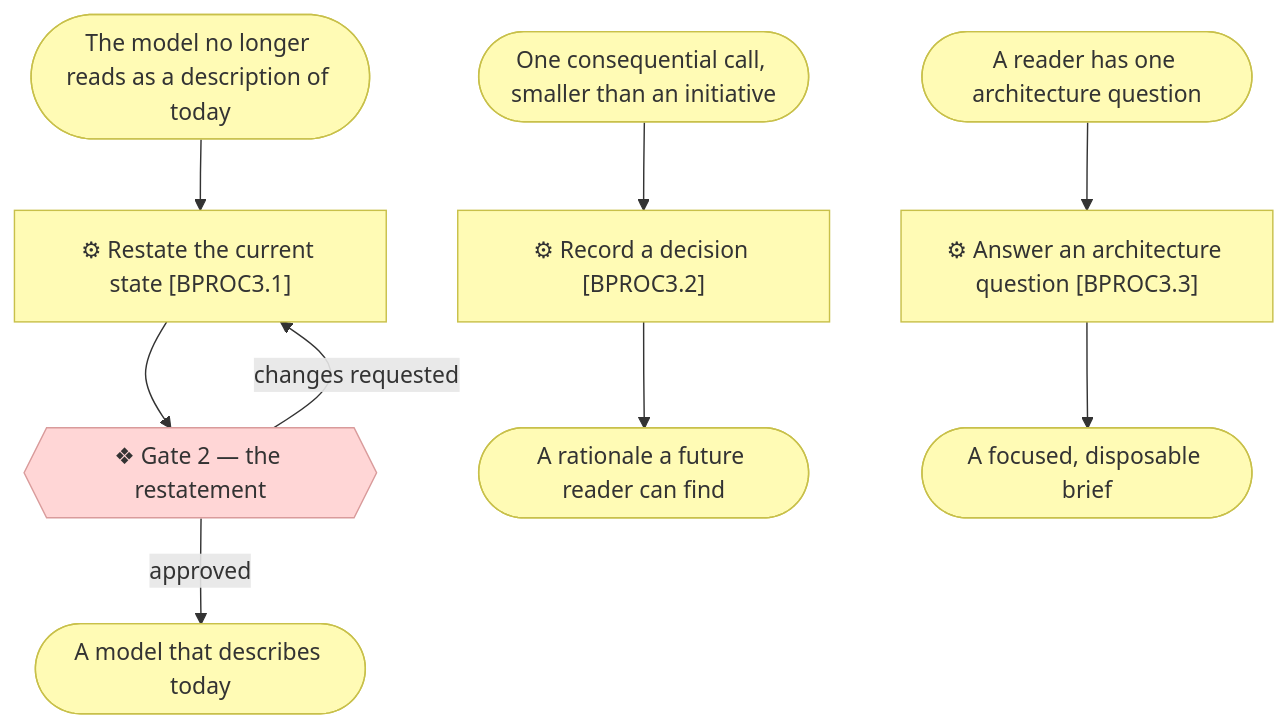
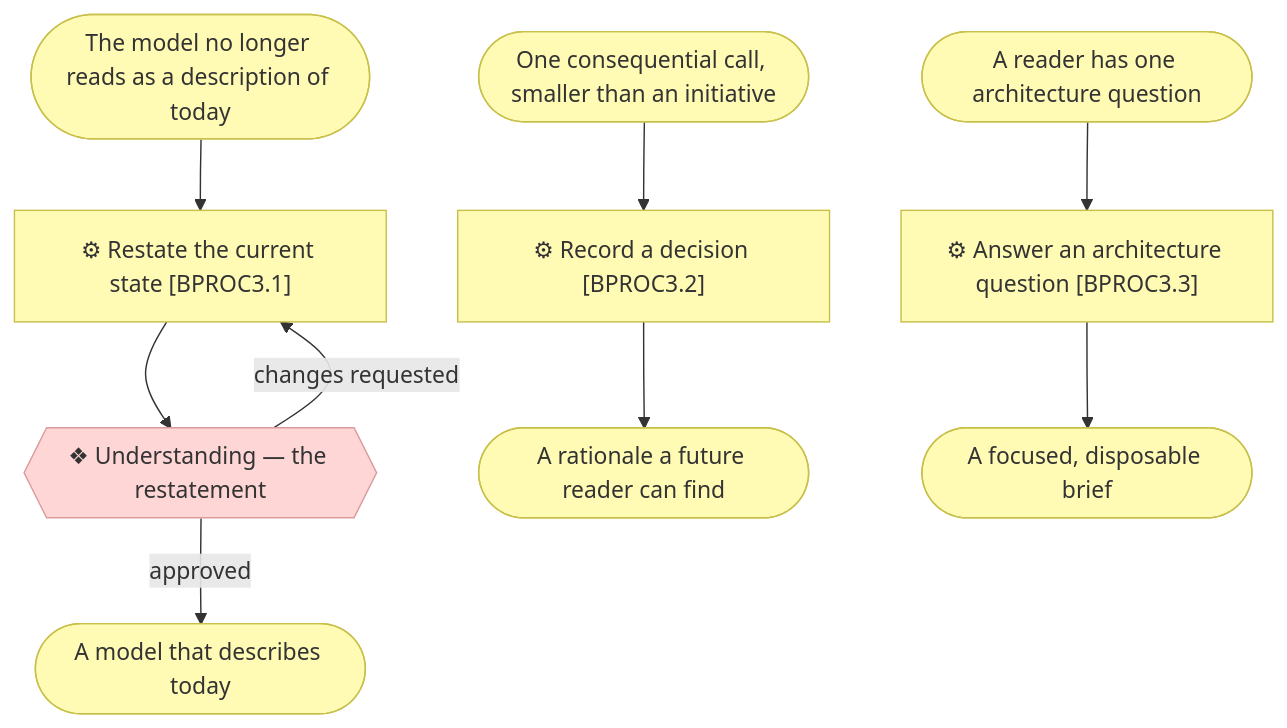
One commit to roanboc/archreator changed the fourth of 5 diagrams in docs/process/1_level-1-macro-processes.md. Above: the diagram before and after it, drawn with Mermaid. The commit also changed other lines of this file and 32 other files, not shown here.

````diff
--- a/docs/process/1_level-1-macro-processes.md
+++ b/docs/process/1_level-1-macro-processes.md
@@ -138,23 +138,23 @@
 ```mermaid
 flowchart TD
   drift(["The model no longer reads as a description of today"])
   onecall(["One consequential call, smaller than an initiative"])
   question(["A reader has one architecture question"])
   p31["⚙ Restate the current state [BPROC3.1]"]
-  g2b{{"❖ Gate 2 — the restatement"}}
+  g2b{{"❖ Understanding — the restatement"}}
   p32["⚙ Record a decision [BPROC3.2]"]
   p33["⚙ Answer an architecture question [BPROC3.3]"]
   back(["A model that describes today"])
   rec(["A rationale a future reader can find"])
   brief(["A focused, disposable brief"])
 
   drift --> p31 --> g2b -->|approved| back
   g2b -->|changes requested| p31
   onecall --> p32 --> rec
   question --> p33 --> brief
 
   classDef business fill:#fffbb5,stroke:#c8c04a,color:#333
   classDef implementation fill:#ffd6d6,stroke:#d99b9b,color:#333
   class p31,p32,p33,drift,onecall,question,back,rec,brief business
   class g2b implementation
 ```
````
